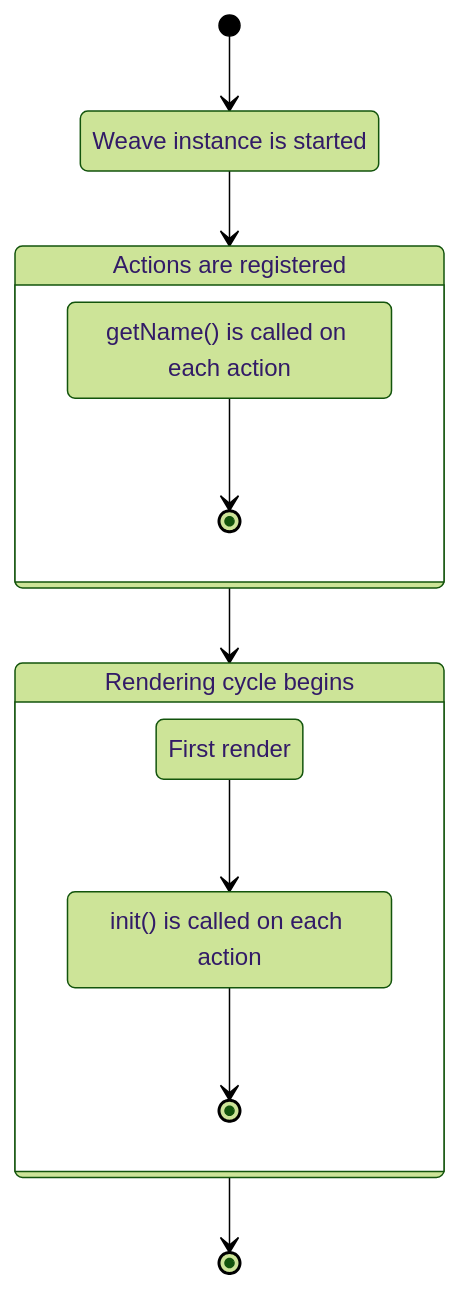
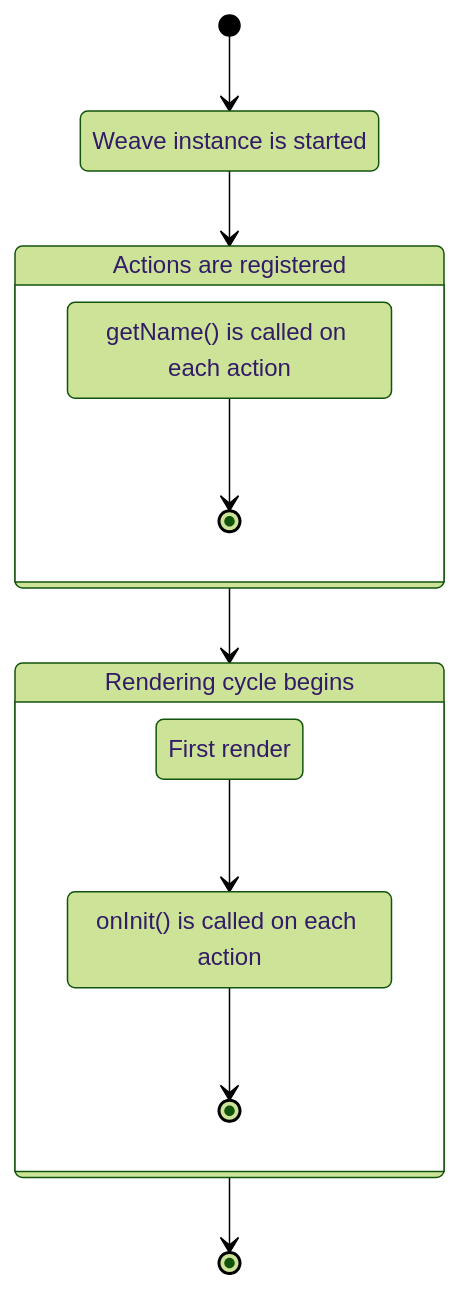
One commit to InditexTech/weavejs changed the diagram in docs/src/modules/sdk/pages/api-reference/actions/action.adoc. Above: the diagram before and after it, drawn with Mermaid (forest theme). The commit also changed other lines of this file and 8 other files, not shown here.

```diff
--- a/docs/src/modules/sdk/pages/api-reference/actions/action.adoc
+++ b/docs/src/modules/sdk/pages/api-reference/actions/action.adoc
@@ -35,21 +35,21 @@
 [mermaid,format=png,role=zoom-in]
 ....
 stateDiagram-v2
 A: Weave instance is started
 B: Actions are registered
 C: getName() is called on each action
 D: Rendering cycle begins
 E: First render
-F: init() is called on each action
+F: onInit() is called on each action
 [*] --> A
 A --> B
 state B {
   C --> [*]
 }
 B --> D
 state D {
   E --> F
   F --> [*]
 }
 D --> [*]
 ....
```
